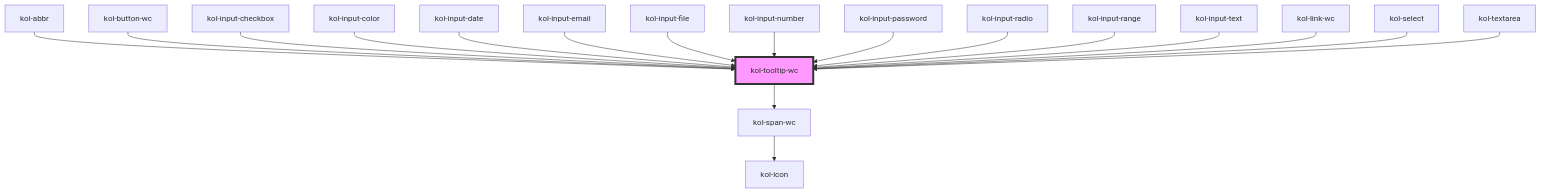
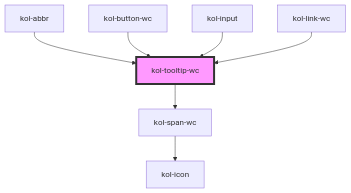
Before and after one commit to public-ui/kolibri: the diagram in packages/components/src/components/tooltip/readme.md, drawn with Mermaid. The commit also changed other lines of this file and 69 other files, not shown here.

Commit message:
refactor: input tooltip samples

````diff
--- a/packages/components/src/components/tooltip/readme.md
+++ b/packages/components/src/components/tooltip/readme.md
@@ -59,21 +48,10 @@
 ```mermaid
 graph TD;
   kol-tooltip-wc --> kol-span-wc
   kol-span-wc --> kol-icon
   kol-abbr --> kol-tooltip-wc
   kol-button-wc --> kol-tooltip-wc
-  kol-input-checkbox --> kol-tooltip-wc
-  kol-input-color --> kol-tooltip-wc
-  kol-input-date --> kol-tooltip-wc
-  kol-input-email --> kol-tooltip-wc
-  kol-input-file --> kol-tooltip-wc
-  kol-input-number --> kol-tooltip-wc
-  kol-input-password --> kol-tooltip-wc
-  kol-input-radio --> kol-tooltip-wc
-  kol-input-range --> kol-tooltip-wc
-  kol-input-text --> kol-tooltip-wc
+  kol-input --> kol-tooltip-wc
   kol-link-wc --> kol-tooltip-wc
-  kol-select --> kol-tooltip-wc
-  kol-textarea --> kol-tooltip-wc
   style kol-tooltip-wc fill:#f9f,stroke:#333,stroke-width:4px
 ```
````
